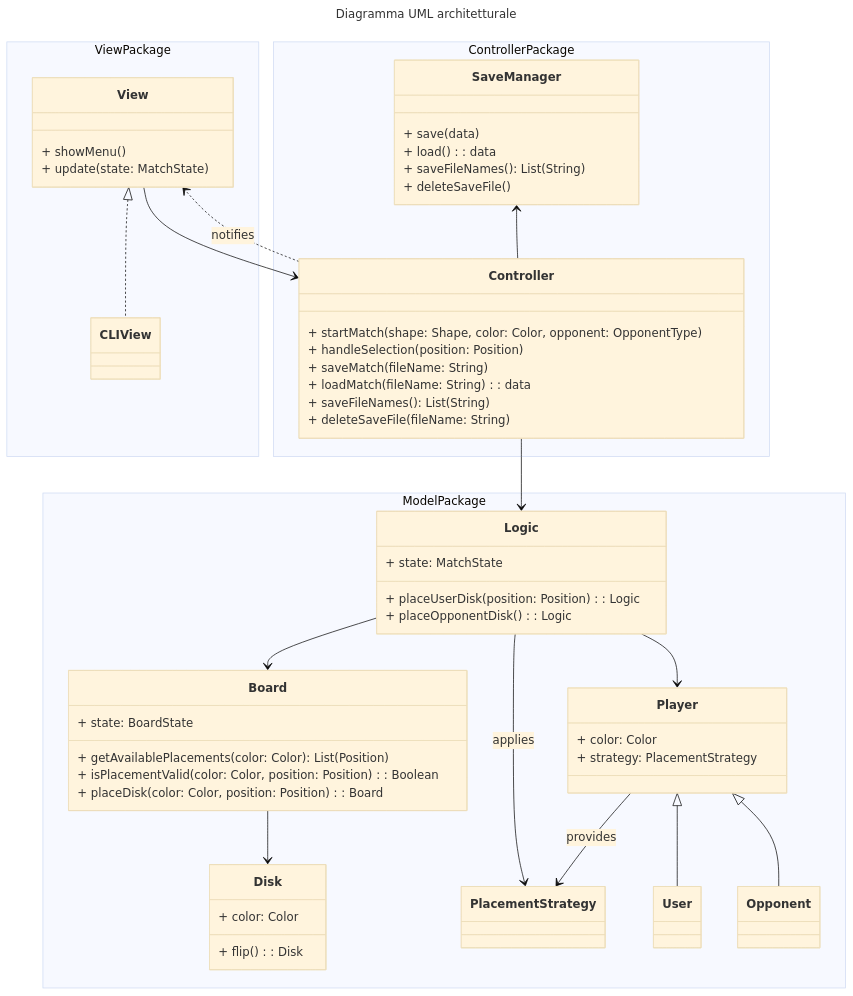
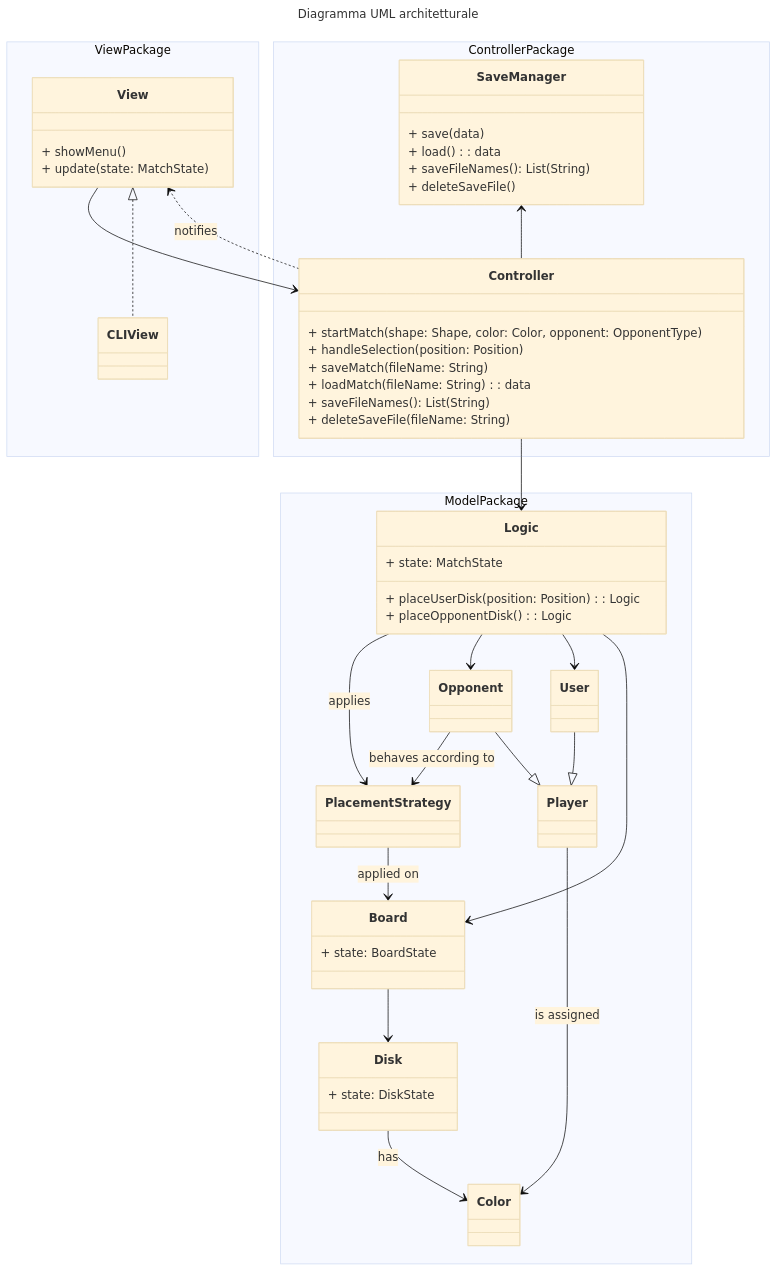
One commit to Borgotto/PPS-25-scalatello changed the first of 3 diagrams in docs/report/3-architectural-design.md. Above: the diagram before and after it, drawn with Mermaid (base theme). The commit also changed 1 other file, not shown here.

Commit message:
fix model diagram in requirements and architectural design sections in report

````diff
--- a/docs/report/3-architectural-design.md
+++ b/docs/report/3-architectural-design.md
@@ -21,71 +21,67 @@
 ```mermaid
 ---
 title: Diagramma UML architetturale
 ---
 classDiagram
   namespace ViewPackage {
     class View {
       + showMenu()
       + update(state: MatchState)
     }
     class CLIView
   }
   namespace ControllerPackage {
     class Controller {
       + startMatch(shape: Shape, color: Color, opponent: OpponentType)
       + handleSelection(position: Position)
       + saveMatch(fileName: String)
       + loadMatch(fileName: String): data
       + saveFileNames(): List(String)
       + deleteSaveFile(fileName: String)
     }
     class SaveManager {
       + save(data)
       + load(): data
       + saveFileNames(): List(String)
       + deleteSaveFile()
     }
   }
   namespace ModelPackage {
     class Logic {
       + state: MatchState
       + placeUserDisk(position: Position): Logic
       + placeOpponentDisk(): Logic
     }
+    class PlacementStrategy
+    class Opponent
+    class User
     class Board {
       + state: BoardState
-      + getAvailablePlacements(color: Color): List(Position)
-      + isPlacementValid(color: Color, position: Position): Boolean
-      + placeDisk(color: Color, position: Position): Board
     }
     class Disk {
-      + color: Color
-      + flip(): Disk
+      + state: DiskState
     }
-    class Player {
-      + color: Color
-      + strategy: PlacementStrategy
-    }
-    class PlacementStrategy
-    class User
-    class Opponent
+    class Color
+    class Player
   }
 
-    Logic --> Board
-    Logic --> Player
-    Logic --> PlacementStrategy: applies
+  Logic --> PlacementStrategy: applies
+  Logic --> Opponent
+  Logic --> User
+  Logic --> Board
 
-    Player <|-- User
-    Player <|-- Opponent
+  Opponent --> PlacementStrategy : behaves according to
+  Opponent --|> Player
+  User --|> Player
+  Player --> Color: is assigned
+  PlacementStrategy --> Board: applied on
+  Board --> Disk
+  Disk --> Color: has
 
-    Player --> PlacementStrategy : provides
+  View --> Controller
+  Controller ..> View : notifies
+  Controller --> Logic
+  SaveManager <-- Controller
 
-    Board --> Disk
-
-    View --> Controller
-    Controller ..> View : notifies
-    Controller --> Logic
-    SaveManager <-- Controller
-
-    View <|.. CLIView
+  View <|.. CLIView
 ```
````
